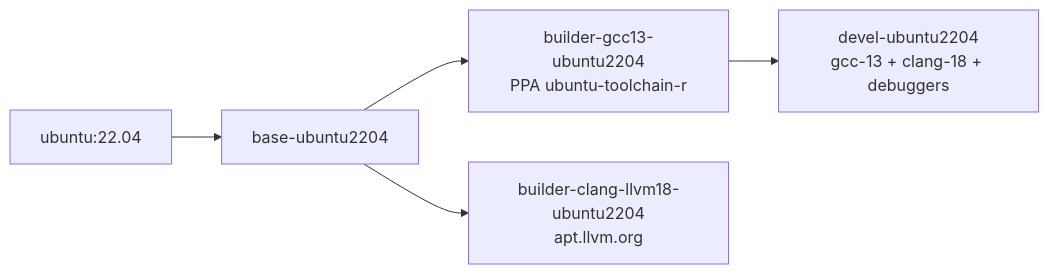
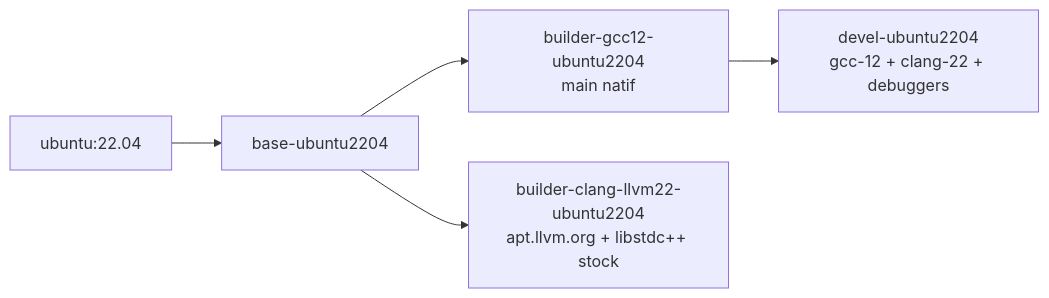
Before and after one commit to Silmaen/DockerImages: the fourth of 8 diagrams in README.md, drawn with Mermaid. The commit also changed other lines of this file and 16 other files, not shown here.

````diff
--- a/README.md
+++ b/README.md
@@ -156,7 +168,7 @@
 ```mermaid
 graph LR
     U2204[ubuntu:22.04] --> B2204[base-ubuntu2204]
-    B2204 --> G13[builder-gcc13-ubuntu2204<br/>PPA ubuntu-toolchain-r]
-    B2204 --> C18[builder-clang-llvm18-ubuntu2204<br/>apt.llvm.org]
-    G13 --> D[devel-ubuntu2204<br/>gcc-13 + clang-18 + debuggers]
+    B2204 --> G12[builder-gcc12-ubuntu2204<br/>main natif]
+    B2204 --> C22[builder-clang-llvm22-ubuntu2204<br/>apt.llvm.org + libstdc++ stock]
+    G12 --> D[devel-ubuntu2204<br/>gcc-12 + clang-22 + debuggers]
 ```
````
